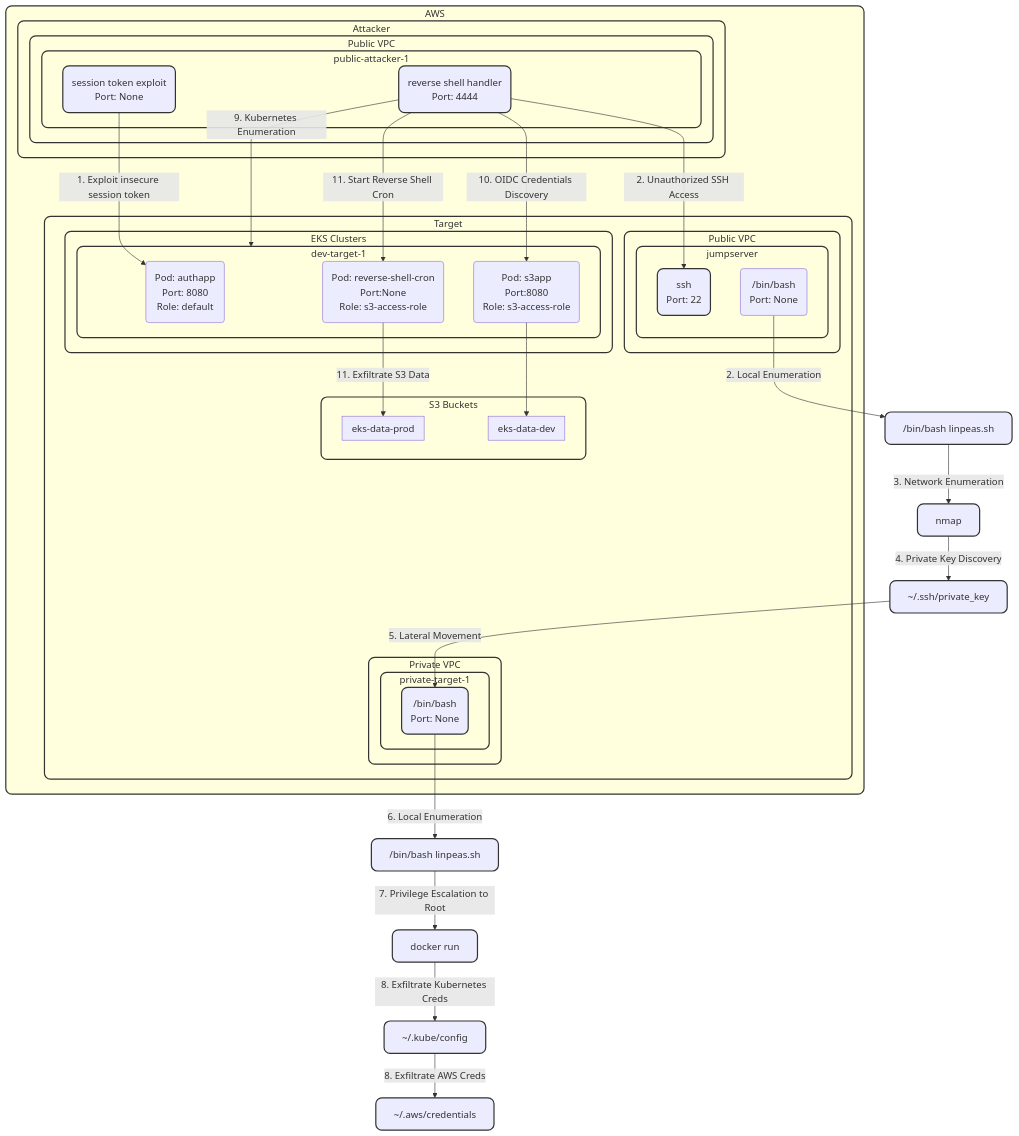
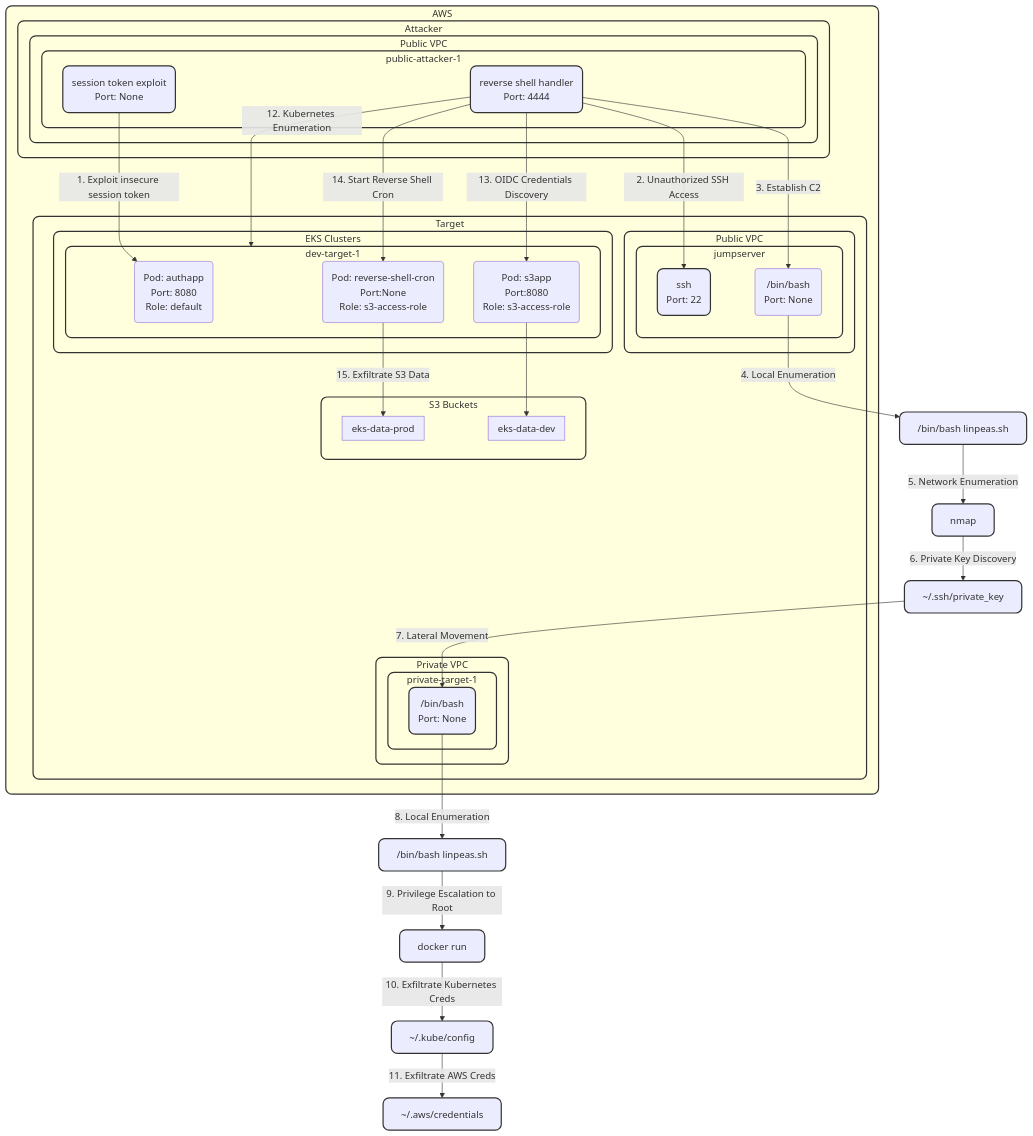
Before and after one commit to proservlab/lacework-deploy: the diagram in terraform/scenarios/aws-lacework-composite-ciem-eks/README.md, drawn with Mermaid.

```diff
--- a/terraform/scenarios/aws-lacework-composite-ciem-eks/README.md
+++ b/terraform/scenarios/aws-lacework-composite-ciem-eks/README.md
@@ -82,28 +82,29 @@
   %% Example Attack Flow
   exploit.bin_public-attacker-1 -->|"1. Exploit insecure session token"| authapp
   pwncat_public-attacker-1 -->|"2. Unauthorized SSH Access"| nginx_public-target-1
+  pwncat_public-attacker-1 -->|"3. Establish C2" | reverse_shell-target-1
 
 
   %% Local Enumeration and Credential Discovery
-  reverse_shell-target-1 -->|"2. Local Enumeration"| local_enum["/bin/bash linpeas.sh"]
-  local_enum -->|"3. Network Enumeration"| network_discovery["nmap"]
-  network_discovery -->|"4. Private Key Discovery"| private_key["~/.ssh/private_key"]
-  private_key -->|"5. Lateral Movement"| ssh_private-target-1
+  reverse_shell-target-1 -->|"4. Local Enumeration"| local_enum["/bin/bash linpeas.sh"]
+  local_enum -->|"5. Network Enumeration"| network_discovery["nmap"]
+  network_discovery -->|"6. Private Key Discovery"| private_key["~/.ssh/private_key"]
+  private_key -->|"7. Lateral Movement"| ssh_private-target-1
 
-  ssh_private-target-1 -->|"6. Local Enumeration"| local_enum_2["/bin/bash linpeas.sh"]
-  local_enum_2 -->|"7. Privilege Escalation to Root"| privilege_escalate["docker run"]
-  privilege_escalate -->|"8. Exfiltrate Kubernetes Creds"| exfil_kube["~/.kube/config"]
-  exfil_kube -->|"8. Exfiltrate AWS Creds"| exfil_aws["~/.aws/credentials"]
+  ssh_private-target-1 -->|"8. Local Enumeration"| local_enum_2["/bin/bash linpeas.sh"]
+  local_enum_2 -->|"9. Privilege Escalation to Root"| privilege_escalate["docker run"]
+  privilege_escalate -->|"10. Exfiltrate Kubernetes Creds"| exfil_kube["~/.kube/config"]
+  exfil_kube -->|"11. Exfiltrate AWS Creds"| exfil_aws["~/.aws/credentials"]
 
  %% Kubernetes enumerate
 
- pwncat_public-attacker-1 -->|"9. Kubernetes Enumeration"| dev-target-1
- pwncat_public-attacker-1 -->|"10. OIDC Credentials Discovery"| s3app
+ pwncat_public-attacker-1 -->|"12. Kubernetes Enumeration"| dev-target-1
+ pwncat_public-attacker-1 -->|"13. OIDC Credentials Discovery"| s3app
 
  s3app -->dev-bucket-1 
 
- pwncat_public-attacker-1 -->|"11. Start Reverse Shell Cron"| reverseshell_pod
- reverseshell_pod -->|"11. Exfiltrate S3 Data"| prod-bucket-1
+ pwncat_public-attacker-1 -->|"14. Start Reverse Shell Cron"| reverseshell_pod
+ reverseshell_pod -->|"15. Exfiltrate S3 Data"| prod-bucket-1
 
 
   %% Styling Classes
```
